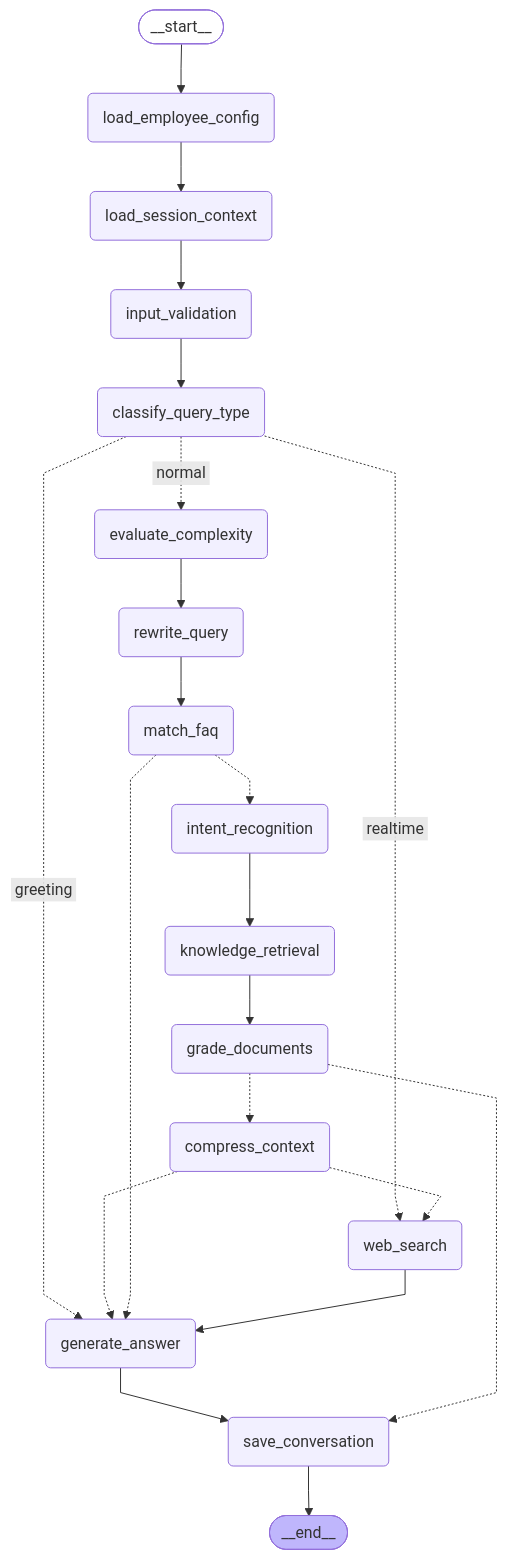
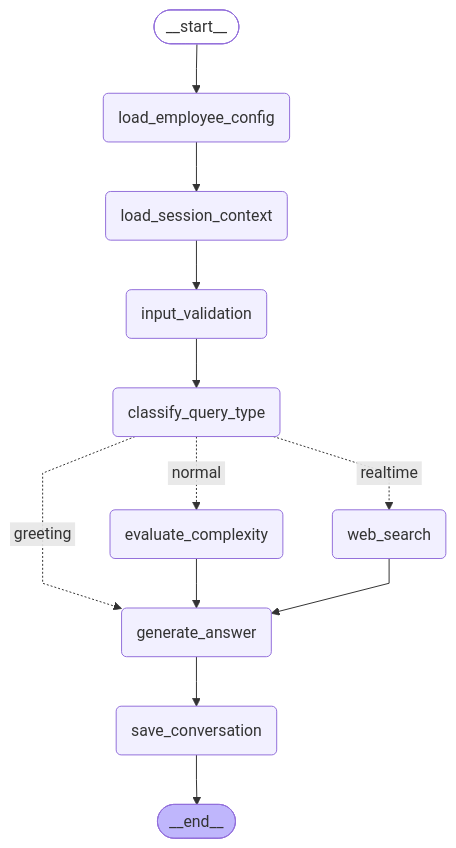
Before and after one commit to perfectbullet/ZengKingMorphe: the diagram in ai-service/graph_debug/crag_graph.mmd, drawn with Mermaid. The commit also changed 16 other files, not shown here.

```diff
--- a/ai-service/graph_debug/crag_graph.mmd
+++ b/ai-service/graph_debug/crag_graph.mmd
@@ -1,45 +1,30 @@
 ---
 config:
   flowchart:
     curve: linear
 ---
 graph TD;
 	__start__([<p>__start__</p>]):::first
 	load_employee_config(load_employee_config)
 	load_session_context(load_session_context)
 	input_validation(input_validation)
 	classify_query_type(classify_query_type)
 	evaluate_complexity(evaluate_complexity)
-	rewrite_query(rewrite_query)
-	match_faq(match_faq)
-	intent_recognition(intent_recognition)
-	knowledge_retrieval(knowledge_retrieval)
-	grade_documents(grade_documents)
-	compress_context(compress_context)
 	web_search(web_search)
 	generate_answer(generate_answer)
 	save_conversation(save_conversation)
 	__end__([<p>__end__</p>]):::last
 	__start__ --> load_employee_config;
 	classify_query_type -. &nbsp;normal&nbsp; .-> evaluate_complexity;
 	classify_query_type -. &nbsp;greeting&nbsp; .-> generate_answer;
 	classify_query_type -. &nbsp;realtime&nbsp; .-> web_search;
-	compress_context -.-> generate_answer;
-	compress_context -.-> web_search;
-	evaluate_complexity --> rewrite_query;
+	evaluate_complexity --> generate_answer;
 	generate_answer --> save_conversation;
-	grade_documents -.-> compress_context;
-	grade_documents -.-> save_conversation;
 	input_validation --> classify_query_type;
-	intent_recognition --> knowledge_retrieval;
-	knowledge_retrieval --> grade_documents;
 	load_employee_config --> load_session_context;
 	load_session_context --> input_validation;
-	match_faq -.-> generate_answer;
-	match_faq -.-> intent_recognition;
-	rewrite_query --> match_faq;
 	web_search --> generate_answer;
 	save_conversation --> __end__;
 	classDef default fill:#f2f0ff,line-height:1.2
 	classDef first fill-opacity:0
 	classDef last fill:#bfb6fc
```
